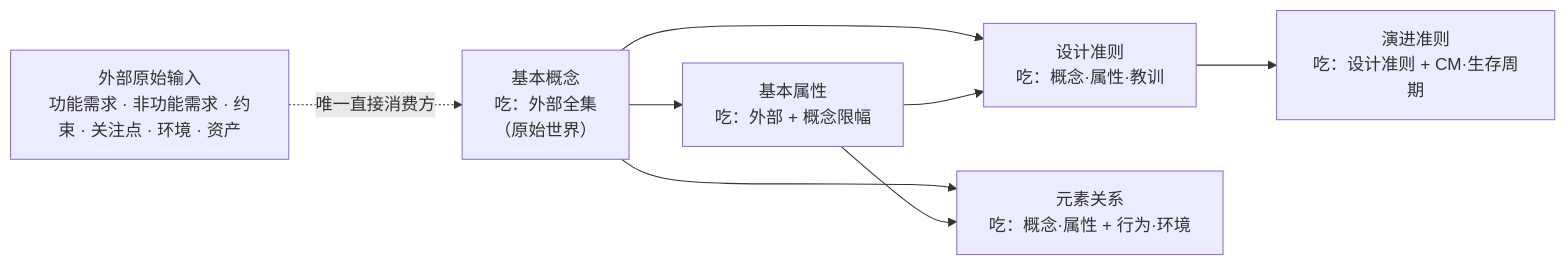
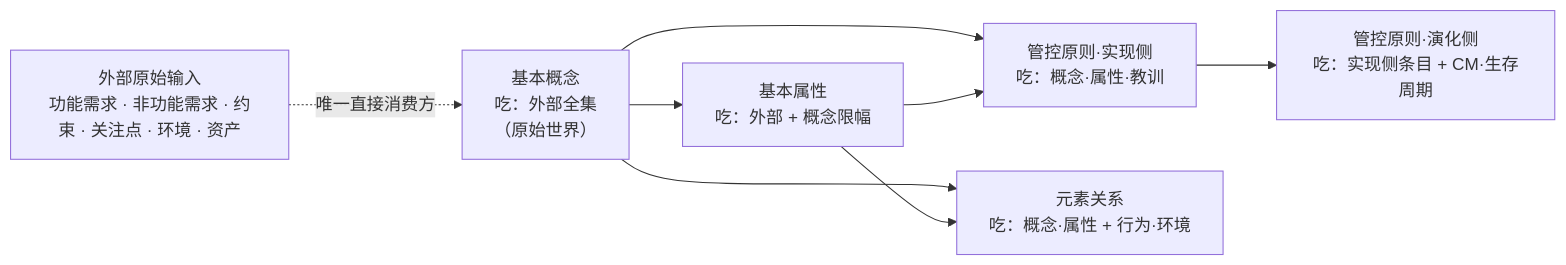
One commit to Yongjunzhou/AOS-system-design changed diagram 11 of 11 in 100-subprojects/01-系统工程研究/00-系统工程相关研究报告/10-架构设计方法论全景研究报告.md. Above: the diagram before and after it, drawn with Mermaid. The commit also changed other lines of this file and 177 other files, not shown here.

````diff
--- a/100-subprojects/01-系统工程研究/00-系统工程相关研究报告/10-架构设计方法论全景研究报告.md
+++ b/100-subprojects/01-系统工程研究/00-系统工程相关研究报告/10-架构设计方法论全景研究报告.md
@@ -740,11 +745,11 @@
 ```mermaid
 flowchart LR
     EXT["外部原始输入<br/>功能需求 · 非功能需求 · 约束 · 关注点 · 环境 · 资产"]
     C[基本概念<br/>吃：外部全集<br/>（原始世界）] --> A[基本属性<br/>吃：外部 + 概念限幅]
-    C --> R1[设计准则<br/>吃：概念·属性·教训]
+    C --> R1[管控原则·实现侧<br/>吃：概念·属性·教训]
     A --> R1
-    R1 --> R2[演进准则<br/>吃：设计准则 + CM·生存周期]
+    R1 --> R2[管控原则·演化侧<br/>吃：实现侧条目 + CM·生存周期]
     C --> REL[元素关系<br/>吃：概念·属性 + 行为·环境]
     A --> REL
     EXT -. 唯一直接消费方 .-> C
 ```
````
